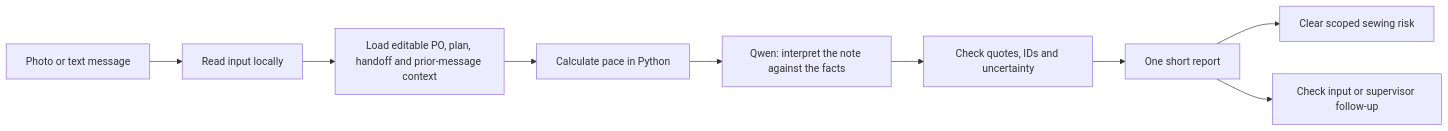
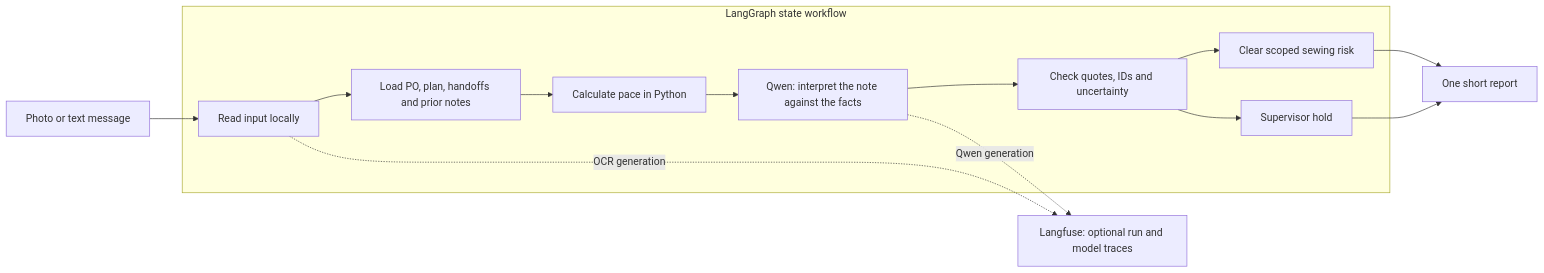
One commit to rahulsinghani-29/factory-os-demo changed the diagram in docs/ARCHITECTURE.md. Above: the diagram before and after it, drawn with Mermaid. The commit also changed other lines of this file and 1 other file, not shown here.

Commit message:
Explain LangGraph orchestration and Langfuse observability choices

````diff
--- a/docs/ARCHITECTURE.md
+++ b/docs/ARCHITECTURE.md
@@ -5,11 +5,16 @@
 ```mermaid
 flowchart LR
-  A[Photo or text message] --> B[Read input locally]
-  B --> C[Load editable PO, plan, handoff and prior-message context]
-  C --> D[Calculate pace in Python]
-  D --> E[Qwen: interpret the note against the facts]
-  E --> F[Check quotes, IDs and uncertainty]
-  F --> G[One short report]
-  G --> H[Clear scoped sewing risk]
-  G --> I[Check input or supervisor follow-up]
+  A[Photo or text message] --> B
+  subgraph LG[LangGraph state workflow]
+    B[Read input locally] --> C[Load PO, plan, handoffs and prior notes]
+    C --> D[Calculate pace in Python]
+    D --> E[Qwen: interpret the note against the facts]
+    E --> F[Check quotes, IDs and uncertainty]
+    F --> H[Clear scoped sewing risk]
+    F --> I[Supervisor hold]
+  end
+  H --> G[One short report]
+  I --> G
+  B -. OCR generation .-> LF[Langfuse: optional run and model traces]
+  E -. Qwen generation .-> LF
 ```
````
